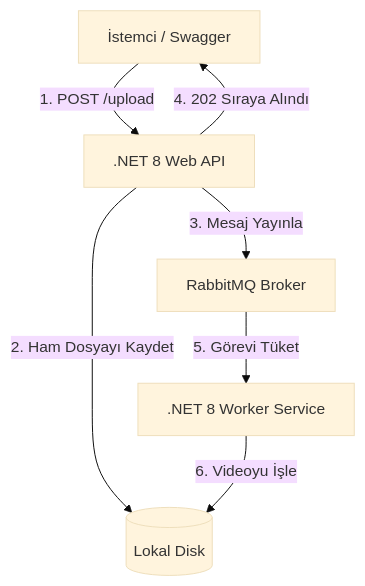
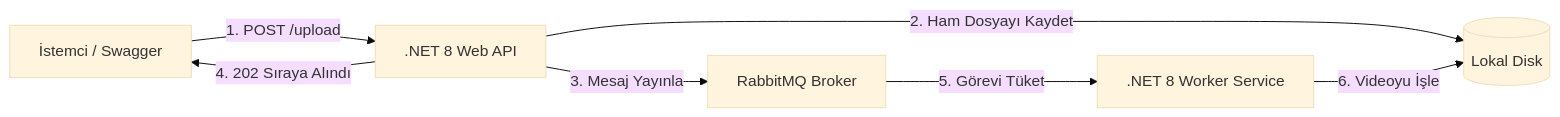
Before and after one commit to yusufkayiss/VideoProcessing: the second of 2 diagrams in README.md, drawn with Mermaid (base theme). The commit also changed other lines of this file, not shown here.

````diff
--- a/README.md
+++ b/README.md
@@ -63,9 +63,9 @@
 ```mermaid
-graph TD
+graph LR
     Client[İstemci / Swagger] -->|1. POST /upload| API[.NET 8 Web API]
     API -->|2. Ham Dosyayı Kaydet| Disk[(Lokal Disk)]
     API -->|3. Mesaj Yayınla| MQ[RabbitMQ Broker]
     API -->|4. 202 Sıraya Alındı| Client
     MQ -->|5. Görevi Tüket| Worker[.NET 8 Worker Service]
     Worker -->|6. Videoyu İşle| Disk
 ```
````
